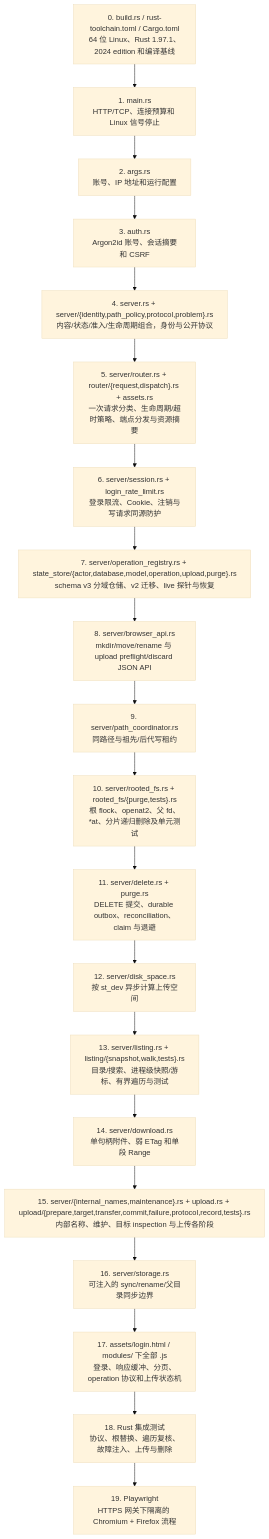
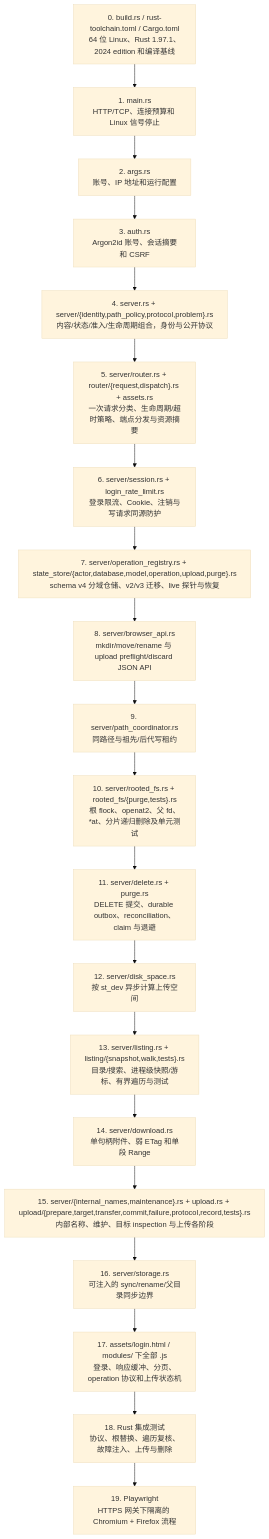
One commit to isarmg/dufs-ram changed diagram 21 of 22 in docs/project-workflow.md. Above: the diagram before and after it, drawn with Mermaid (base theme). The commit also changed other lines of this file and 14 other files, not shown here.

````diff
--- a/docs/project-workflow.md
+++ b/docs/project-workflow.md
@@ -932,22 +954,22 @@
 ```mermaid
 flowchart TD
     T["0. build.rs / rust-toolchain.toml / Cargo.toml<br/>64 位 Linux、Rust 1.97.1、2024 edition 和编译基线"] --> A["1. main.rs<br/>HTTP/TCP、连接预算和 Linux 信号停止"]
     A --> B["2. args.rs<br/>账号、IP 地址和运行配置"]
     B --> C["3. auth.rs<br/>Argon2id 账号、会话摘要和 CSRF"]
     C --> D["4. server.rs + server/{identity,path_policy,protocol,problem}.rs<br/>内容/状态/准入/生命周期组合，身份与公开协议"]
     D --> R["5. server/router.rs + router/{request,dispatch}.rs + assets.rs<br/>一次请求分类、生命周期/超时策略、端点分发与资源摘要"]
     R --> G["6. server/session.rs + login_rate_limit.rs<br/>登录限流、Cookie、注销与写请求同源防护"]
-    G --> OP["7. server/operation_registry.rs + state_store/{actor,database,model,operation,upload,purge}.rs<br/>schema v3 分域仓储、v2 迁移、live 探针与恢复"]
+    G --> OP["7. server/operation_registry.rs + state_store/{actor,database,model,operation,upload,purge}.rs<br/>schema v4 分域仓储、v2/v3 迁移、live 探针与恢复"]
     OP --> H["8. server/browser_api.rs<br/>mkdir/move/rename 与 upload preflight/discard JSON API"]
     H --> E["9. server/path_coordinator.rs<br/>同路径与祖先/后代写租约"]
     E --> F["10. server/rooted_fs.rs + rooted_fs/{purge,tests}.rs<br/>根 flock、openat2、父 fd、*at、分片递归删除及单元测试"]
     F --> P["11. server/delete.rs + purge.rs<br/>DELETE 提交、durable outbox、reconciliation、claim 与退避"]
     P --> DS["12. server/disk_space.rs<br/>按 st_dev 异步计算上传空间"]
     DS --> I["13. server/listing.rs + listing/{snapshot,walk,tests}.rs<br/>目录/搜索、进程级快照/游标、有界遍历与测试"]
     I --> J["14. server/download.rs<br/>单句柄附件、弱 ETag 和单段 Range"]
     J --> K["15. server/{internal_names,maintenance}.rs + upload.rs + upload/{prepare,target,transfer,commit,failure,protocol,record,tests}.rs<br/>内部名称、维护、目标 inspection 与上传各阶段"]
     K --> L["16. server/storage.rs<br/>可注入的 sync/rename/父目录同步边界"]
     L --> M["17. assets/login.html / modules/ 下全部 .js<br/>登录、响应缓冲、分页、operation 协议和上传状态机"]
     M --> N["18. Rust 集成测试<br/>协议、根替换、遍历复核、故障注入、上传与删除"]
     N --> O["19. Playwright<br/>HTTPS 网关下隔离的 Chromium + Firefox 流程"]
 ```
````
